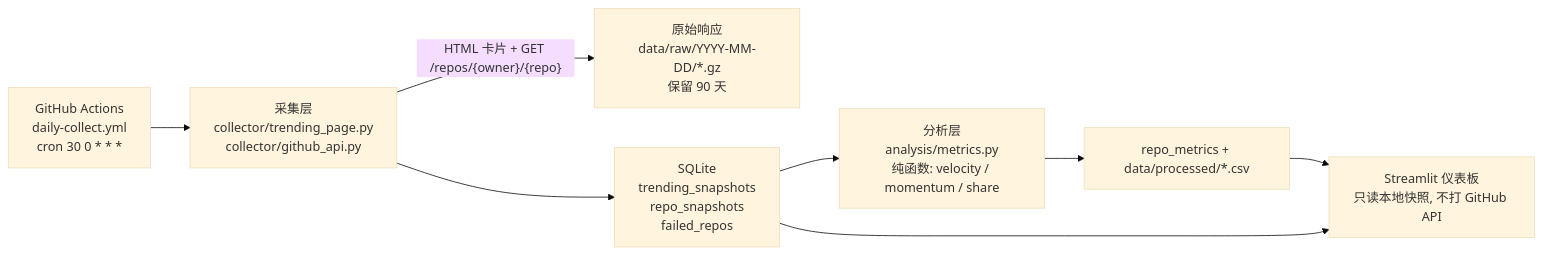
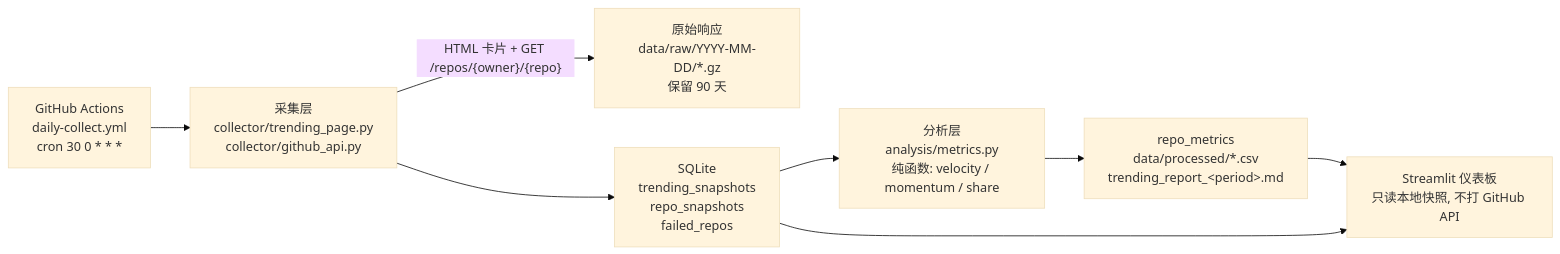
One commit to husy7/GitHub-TrendsInsight changed the diagram in README.md. Above: the diagram before and after it, drawn with Mermaid (base theme). The commit also changed other lines of this file and 5 other files, not shown here.

Commit message:
feat: export markdown report with repo descriptions, links and metrics

````diff
--- a/README.md
+++ b/README.md
@@ -33,10 +33,10 @@
 ```mermaid
 flowchart LR
     A["GitHub Actions<br/>daily-collect.yml<br/>cron 30 0 * * *"] --> B["采集层<br/>collector/trending_page.py<br/>collector/github_api.py"]
     B -->|"HTML 卡片 + GET /repos/{owner}/{repo}"| C["原始响应<br/>data/raw/YYYY-MM-DD/*.gz<br/>保留 90 天"]
     B --> D["SQLite<br/>trending_snapshots<br/>repo_snapshots<br/>failed_repos"]
     D --> E["分析层<br/>analysis/metrics.py<br/>纯函数: velocity / momentum / share"]
-    E --> F["repo_metrics + data/processed/*.csv"]
+    E --> F["repo_metrics<br/>data/processed/*.csv<br/>trending_report_&lt;period&gt;.md"]
     F --> G["Streamlit 仪表板<br/>只读本地快照, 不打 GitHub API"]
     D --> G
 ```
````
